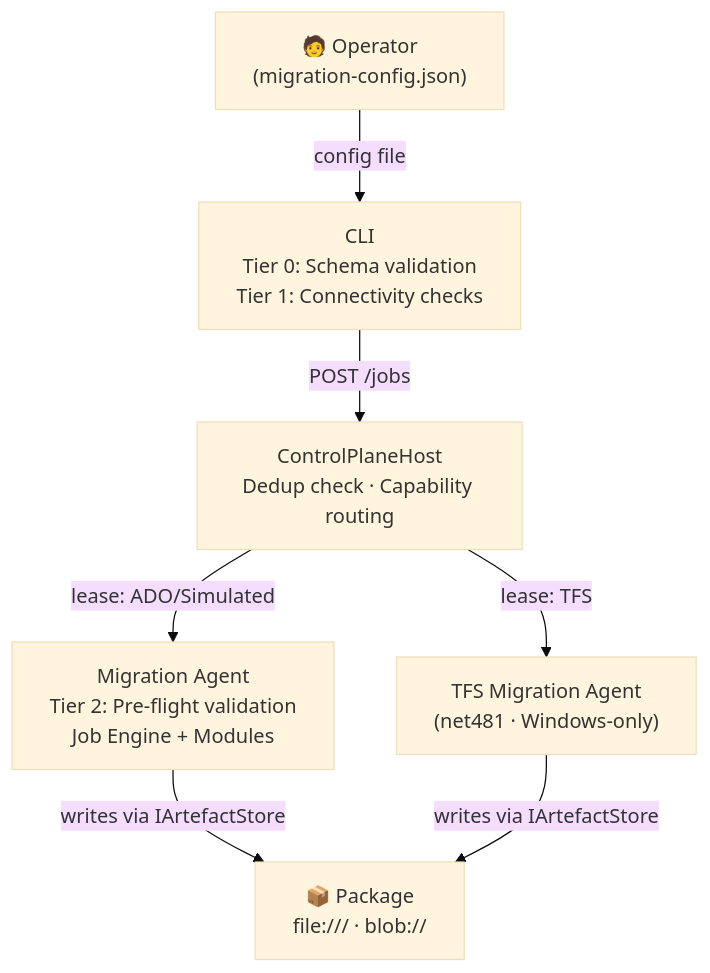
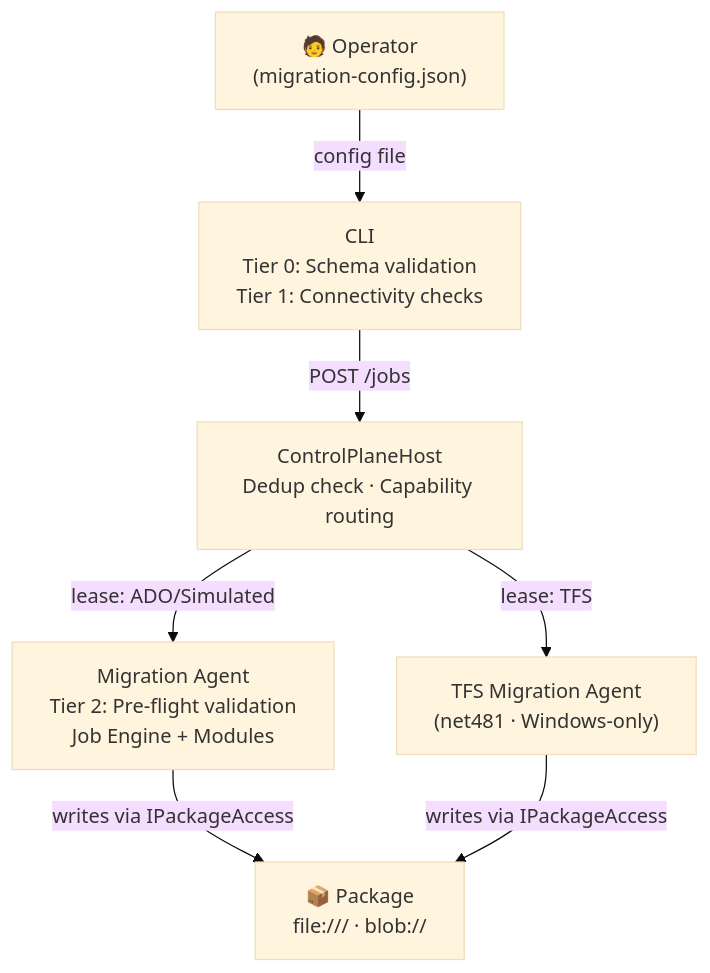
One commit to nkdAgility/azure-devops-migration-platform changed the second of 3 diagrams in docs/architecture.md. Above: the diagram before and after it, drawn with Mermaid (base theme). The commit also changed other lines of this file and 7 other files, not shown here.

Commit message:
refactor: update package access references to IPackageAccess for consistency across documentation and implementation

````diff
--- a/docs/architecture.md
+++ b/docs/architecture.md
@@ -153,16 +153,16 @@
 ```mermaid
 flowchart TD
     Operator["🧑 Operator\n(migration-config.json)"]
     CLI["CLI\nTier 0: Schema validation\nTier 1: Connectivity checks"]
     CP["ControlPlaneHost\nDedup check · Capability routing"]
     Agent["Migration Agent\nTier 2: Pre-flight validation\nJob Engine + Modules"]
     TFSAgent["TFS Migration Agent\n(net481 · Windows-only)"]
     Package["📦 Package\nfile:/// · blob://"]
 
     Operator -->|config file| CLI
     CLI -->|POST /jobs| CP
     CP -->|lease: ADO/Simulated| Agent
     CP -->|lease: TFS| TFSAgent
-    Agent -->|writes via IArtefactStore| Package
-    TFSAgent -->|writes via IArtefactStore| Package
+    Agent -->|writes via IPackageAccess| Package
+    TFSAgent -->|writes via IPackageAccess| Package
 ```
````
